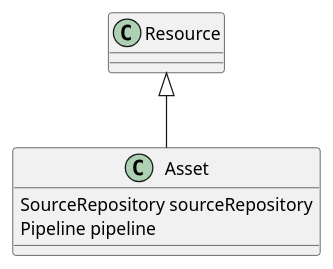
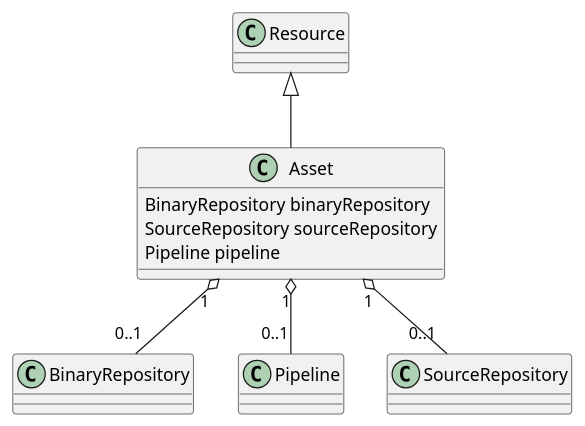
The diagram in Use cases/Asset/model.puml (kathra-project/specifications), drawn with PlantUML before and after one commit. The commit also changed 26 other files, not shown here.

```diff
--- a/Use cases/Asset/model.puml
+++ b/Use cases/Asset/model.puml
@@ -1,8 +1,12 @@
 @startuml
 
 class Asset {
+  BinaryRepository binaryRepository
   SourceRepository sourceRepository
   Pipeline pipeline
 }
 Resource <|-- Asset
+Asset "1" o-- "0..1"   BinaryRepository
+Asset "1" o-- "0..1"   Pipeline
+Asset "1" o-- "0..1"   SourceRepository
 @enduml
```
